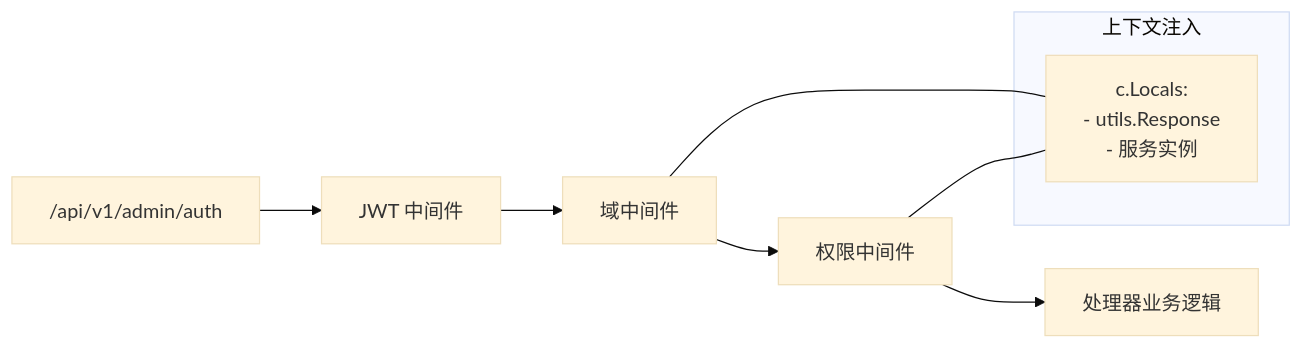
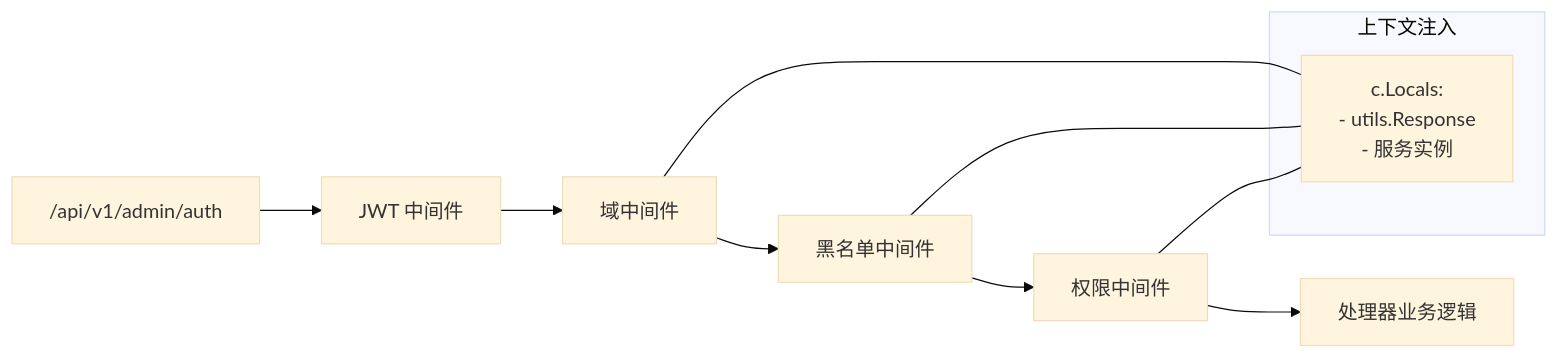
One commit to wuwuseo/e-sports-go-admin changed the fifth of 7 diagrams in .qoder/repowiki/zh/content/扩展开发/中间件扩展.md. Above: the diagram before and after it, drawn with Mermaid (base theme). The commit also changed other lines of this file and 42 other files, not shown here.

````diff
--- a/.qoder/repowiki/zh/content/扩展开发/中间件扩展.md
+++ b/.qoder/repowiki/zh/content/扩展开发/中间件扩展.md
@@ -197,12 +268,14 @@
 ```mermaid
 graph LR
 A["/api/v1/admin/auth"] --> B["JWT 中间件"]
 B --> C["域中间件"]
-C --> D["权限中间件"]
-D --> E["处理器业务逻辑"]
+C --> D["黑名单中间件"]
+D --> E["权限中间件"]
+E --> F["处理器业务逻辑"]
 subgraph "上下文注入"
-F["c.Locals:<br/>- utils.Response<br/>- 服务实例"]
+G["c.Locals:<br/>- utils.Response<br/>- 服务实例"]
 end
-C --- F
-D --- F
+C --- G
+D --- G
+E --- G
 ```
````
